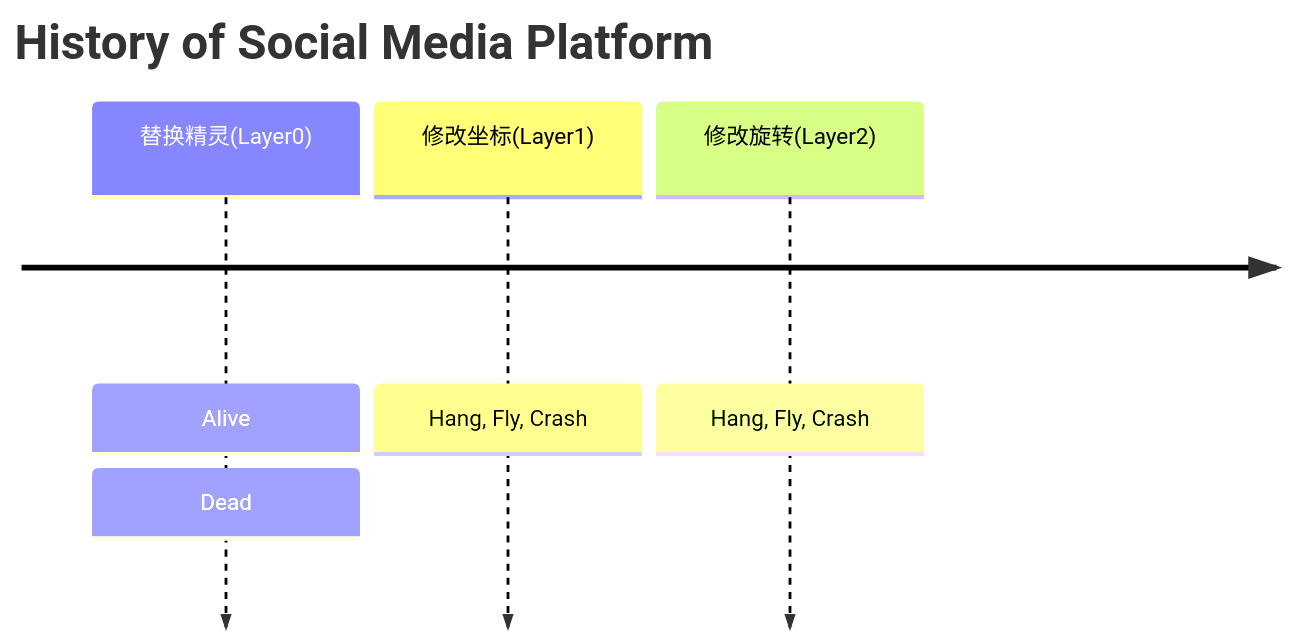
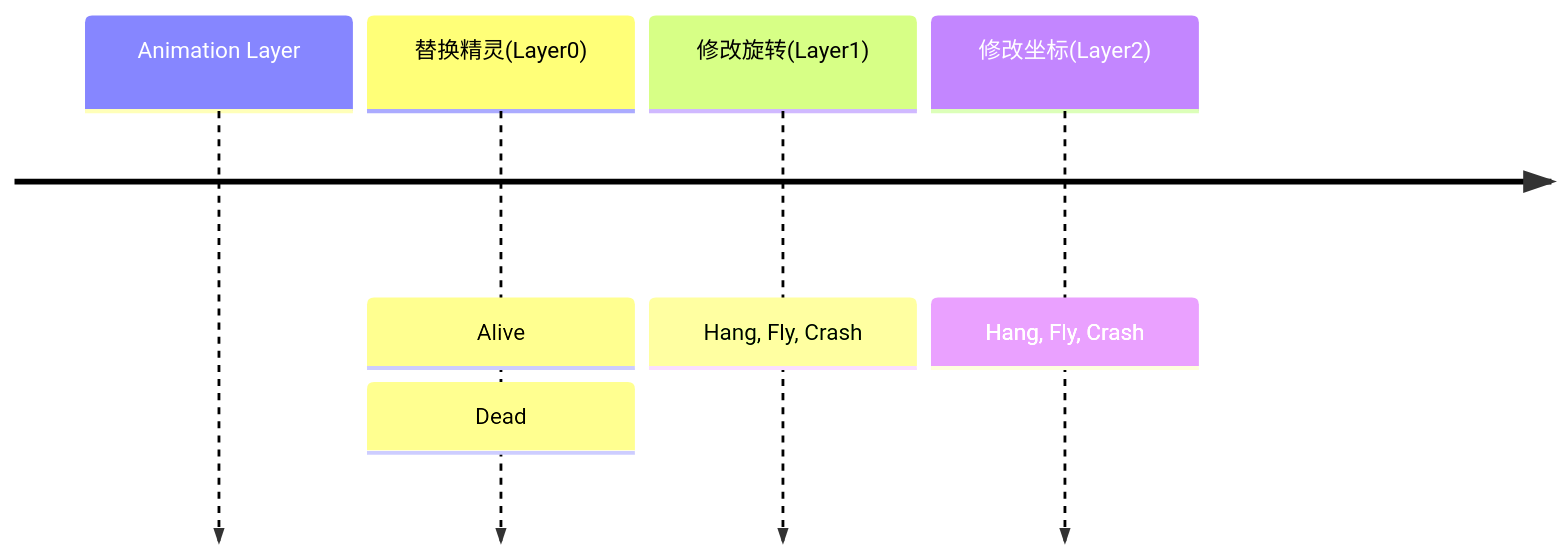
Before and after one commit to galacean/galacean.github.io: the third of 3 diagrams in docs/editor-first-2d-project.zh-CN.md, drawn with Mermaid. The commit also changed other lines of this file, not shown here.

````diff
--- a/docs/editor-first-2d-project.zh-CN.md
+++ b/docs/editor-first-2d-project.zh-CN.md
@@ -249,7 +256,7 @@
 ```mermaid
 timeline
-    title History of Social Media Platform
+    Animation Layer
     替换精灵(Layer0) : Alive : Dead
-    修改坐标(Layer1) : Hang, Fly, Crash
-    修改旋转(Layer2) : Hang, Fly, Crash
+    修改旋转(Layer1) : Hang, Fly, Crash
+    修改坐标(Layer2) : Hang, Fly, Crash
 ```
````
